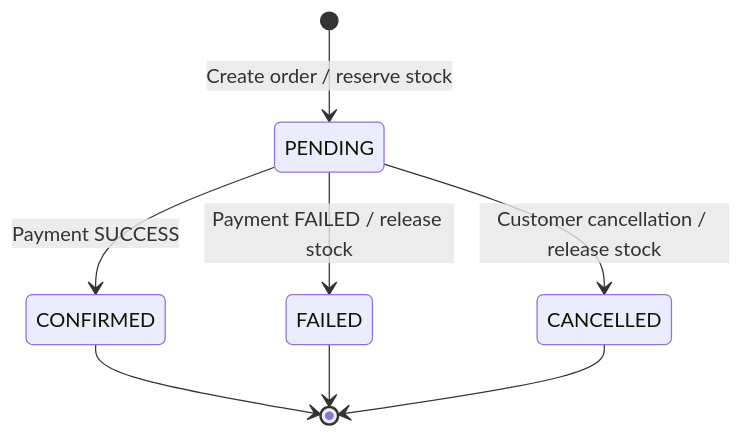
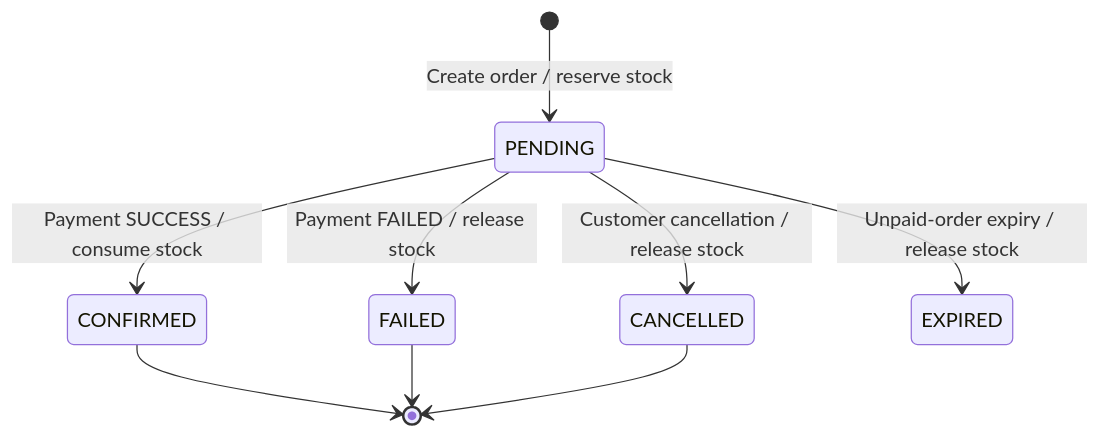
The third of 3 diagrams in docs/PROJECT_REPORT.md (manmohansharma21/orderflow), drawn with Mermaid before and after one commit. The commit also changed other lines of this file and 45 other files, not shown here.

````diff
--- a/docs/PROJECT_REPORT.md
+++ b/docs/PROJECT_REPORT.md
@@ -81,10 +81,11 @@
 ```mermaid
 stateDiagram-v2
     [*] --> PENDING: Create order / reserve stock
-    PENDING --> CONFIRMED: Payment SUCCESS
+    PENDING --> CONFIRMED: Payment SUCCESS / consume stock
     PENDING --> FAILED: Payment FAILED / release stock
     PENDING --> CANCELLED: Customer cancellation / release stock
+    PENDING --> EXPIRED: Unpaid-order expiry / release stock
     CONFIRMED --> [*]
     FAILED --> [*]
     CANCELLED --> [*]
 ```
````
